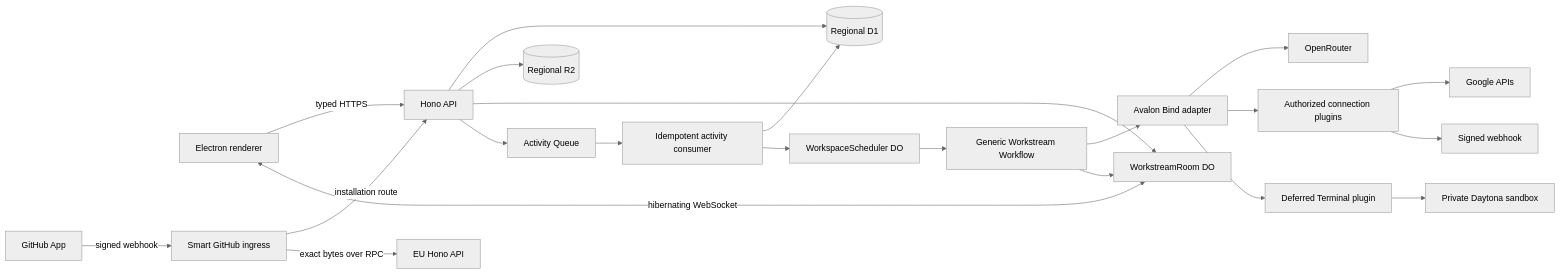
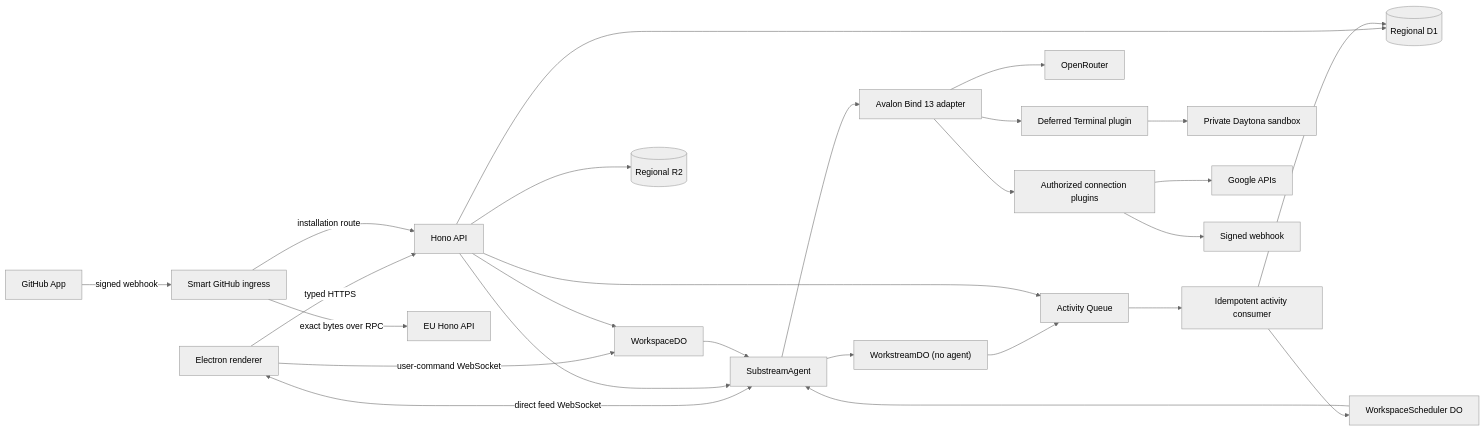
Before and after one commit to juno-ai-labs/avalon: the diagram in docs/architecture.md, drawn with Mermaid (neutral theme). The commit also changed other lines of this file and 82 other files, not shown here.

Commit message:
Cut over workstream loops to SubstreamAgent DOs

````diff
--- a/docs/architecture.md
+++ b/docs/architecture.md
@@ -77,24 +77,28 @@
 ```mermaid
 flowchart LR
   E["Electron renderer"] -->|"typed HTTPS"| H["Hono API"]
-  E <-->|"hibernating WebSocket"| R["WorkstreamRoom DO"]
+  E -->|"user-command WebSocket"| WD["WorkspaceDO"]
+  E <-->|"direct feed WebSocket"| SA["SubstreamAgent"]
   H --> D[("Regional D1")]
   H --> B[("Regional R2")]
-  H --> R
+  H --> WD
+  H --> SA
+  WD --> SA
+  SA --> WS["WorkstreamDO (no agent)"]
+  WS --> Q
   H --> Q["Activity Queue"]
   GH["GitHub App"] -->|"signed webhook"| GI["Smart GitHub ingress"]
   GI -->|"installation route"| H
   GI -->|"exact bytes over RPC"| EH["EU Hono API"]
   Q --> C["Idempotent activity consumer"]
   C --> D
   C --> S["WorkspaceScheduler DO"]
-  S --> W["Generic Workstream Workflow"]
-  W --> A["Avalon Bind adapter"]
+  S --> SA
+  SA --> A["Avalon Bind 13 adapter"]
   A --> O["OpenRouter"]
   A --> T["Authorized connection plugins"]
   A --> X["Deferred Terminal plugin"]
   X --> DT["Private Daytona sandbox"]
-  W --> R
   T --> G["Google APIs"]
   T --> M["Signed webhook"]
 ```
````
